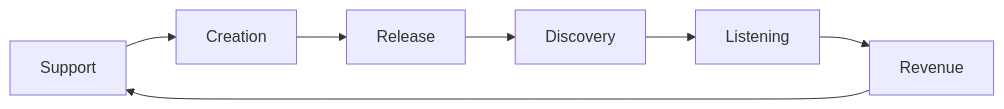
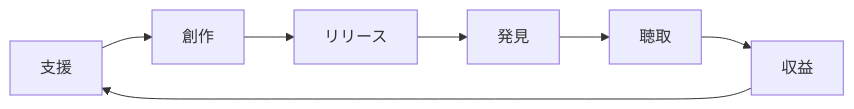
The ninth of 11 diagrams in docs/whitepaper/02-market.md (ShigeichiroYamasaki/creator-first-platform), drawn with Mermaid before and after one commit. The commit also changed other lines of this file and 72 other files, not shown here.

````diff
--- a/docs/whitepaper/02-market.md
+++ b/docs/whitepaper/02-market.md
@@ -348,9 +348,9 @@
 ```mermaid
 flowchart LR
-    FUND[Support] --> CREATE[Creation]
-    CREATE --> RELEASE[Release]
-    RELEASE --> DISC[Discovery]
-    DISC --> PLAY[Listening]
-    PLAY --> REV[Revenue]
+    FUND[支援] --> CREATE[創作]
+    CREATE --> RELEASE[リリース]
+    RELEASE --> DISC[発見]
+    DISC --> PLAY[聴取]
+    PLAY --> REV[収益]
     REV --> FUND
 ```
````
